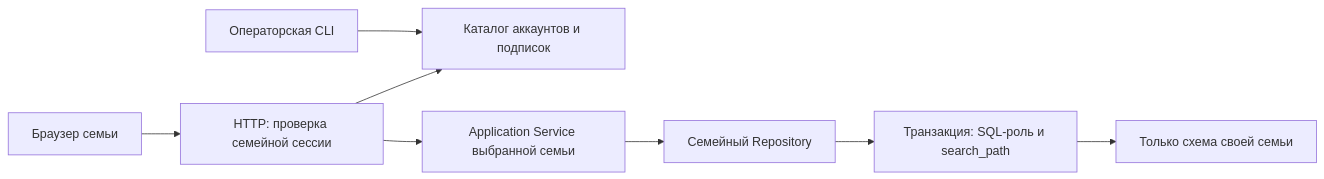
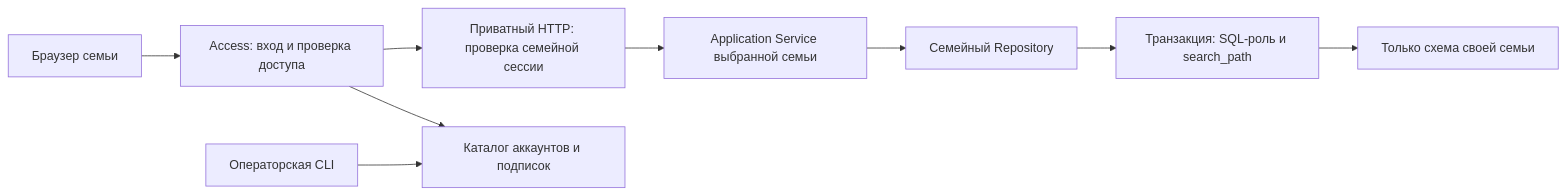
Before and after one commit to LobovVit/familyQuest: the diagram in docs/saas-architecture.md, drawn with Mermaid. The commit also changed other lines of this file and 30 other files, not shown here.

````diff
--- a/docs/saas-architecture.md
+++ b/docs/saas-architecture.md
@@ -22,10 +22,11 @@
 ```mermaid
 flowchart LR
-    Browser[Браузер семьи] --> Router[HTTP: проверка семейной сессии]
-    Router --> Catalog[Каталог аккаунтов и подписок]
+    Browser[Браузер семьи] --> Access[Access: вход и проверка доступа]
+    Access --> Router[Приватный HTTP: проверка семейной сессии]
+    Access --> Catalog[Каталог аккаунтов и подписок]
     Router --> Service[Application Service выбранной семьи]
     Service --> Repo[Семейный Repository]
     Repo --> Tx[Транзакция: SQL-роль и search_path]
     Tx --> Family[Только схема своей семьи]
     Operator[Операторская CLI] --> Catalog
 ```
````
